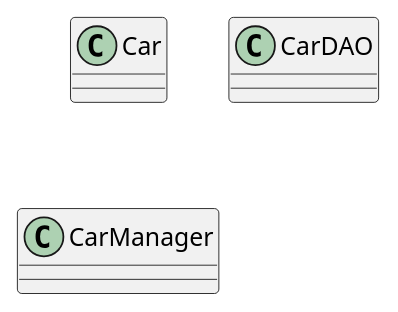
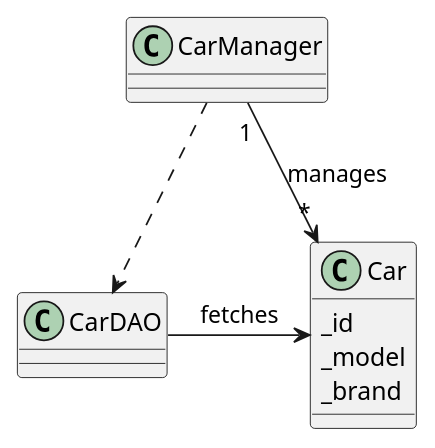
One commit to SaraBriki/TP-ArchitecturesLogicielles-Lab1 changed the diagram in SRP/src/com/directi/training/srp/solution/UML/solution.wsd. Above: the diagram before and after it, drawn with PlantUML. The commit also changed 1 other file, not shown here.

Commit message:
add class diagram

```diff
--- a/SRP/src/com/directi/training/srp/solution/UML/solution.wsd
+++ b/SRP/src/com/directi/training/srp/solution/UML/solution.wsd
@@ -1,5 +1,10 @@
 @startuml solution
-class  Car
-class  CarDAO
-class  CarManager
+class  Car {
+    _id
+    _model
+    _brand
+}
+CarManager ..> CarDAO
+CarManager "1" -> "*" Car : manages
+CarDAO -> Car : fetches
 @enduml
```
